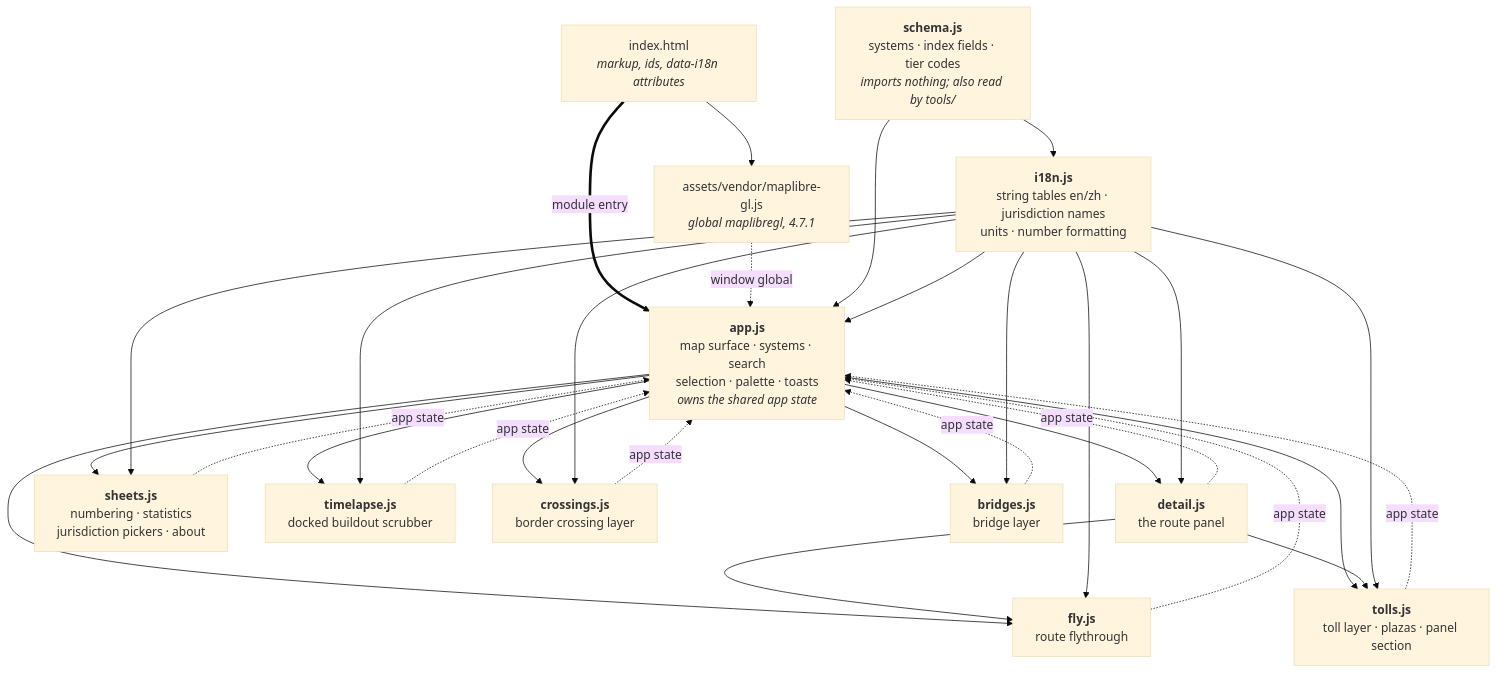
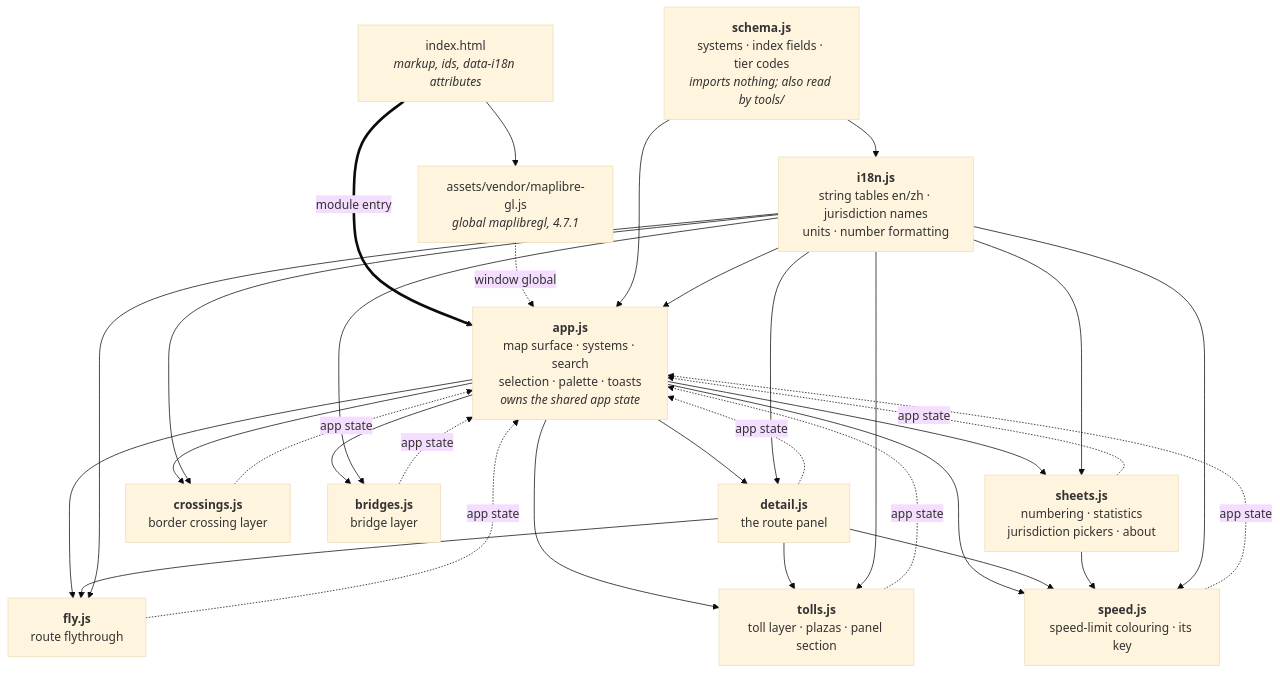
The fourth of 5 diagrams in docs/ARCHITECTURE.md (AndyUneducated/interstate-atlas), drawn with Mermaid (base theme) before and after one commit. The commit also changed other lines of this file and 24 other files, not shown here.

First line of the commit message:
Speed limits on the map, route panel and statistics; one-column layers menu; search history; timeline folded into route dates and a buildout chart

````diff
--- a/docs/ARCHITECTURE.md
+++ b/docs/ARCHITECTURE.md
@@ -476,48 +478,50 @@
 ```mermaid
 flowchart TD
   HTML["index.html<br/><i>markup, ids, data-i18n attributes</i>"]
   MLGL["assets/vendor/maplibre-gl.js<br/><i>global maplibregl, 4.7.1</i>"]
   APP["<b>app.js</b><br/>map surface · systems · search<br/>selection · palette · toasts<br/><i>owns the shared app state</i>"]
   SCH["<b>schema.js</b><br/>systems · index fields · tier codes<br/><i>imports nothing; also read by tools/</i>"]
   I18N["<b>i18n.js</b><br/>string tables en/zh · jurisdiction names<br/>units · number formatting"]
   DET["<b>detail.js</b><br/>the route panel"]
   SH["<b>sheets.js</b><br/>numbering · statistics<br/>jurisdiction pickers · about"]
-  TL["<b>timelapse.js</b><br/>docked buildout scrubber"]
+  SP["<b>speed.js</b><br/>speed-limit colouring · its key"]
   FLY["<b>fly.js</b><br/>route flythrough"]
   XG["<b>crossings.js</b><br/>border crossing layer"]
   TO["<b>tolls.js</b><br/>toll layer · plazas · panel section"]
   BR["<b>bridges.js</b><br/>bridge layer"]
 
   HTML --> MLGL
   HTML ==>|"module entry"| APP
   MLGL -.->|"window global"| APP
 
   APP --> DET
   APP --> SH
-  APP --> TL
+  APP --> SP
   APP --> FLY
   APP --> XG
   APP --> TO
   APP --> BR
   DET --> FLY
   DET --> TO
+  DET --> SP
+  SH --> SP
 
   DET -.->|"app state"| APP
   SH -.->|"app state"| APP
-  TL -.->|"app state"| APP
+  SP -.->|"app state"| APP
   FLY -.->|"app state"| APP
   XG -.->|"app state"| APP
   TO -.->|"app state"| APP
   BR -.->|"app state"| APP
 
   SCH --> I18N
   SCH --> APP
   I18N --> APP
   I18N --> DET
   I18N --> SH
-  I18N --> TL
+  I18N --> SP
   I18N --> FLY
   I18N --> XG
   I18N --> TO
   I18N --> BR
 ```
````
